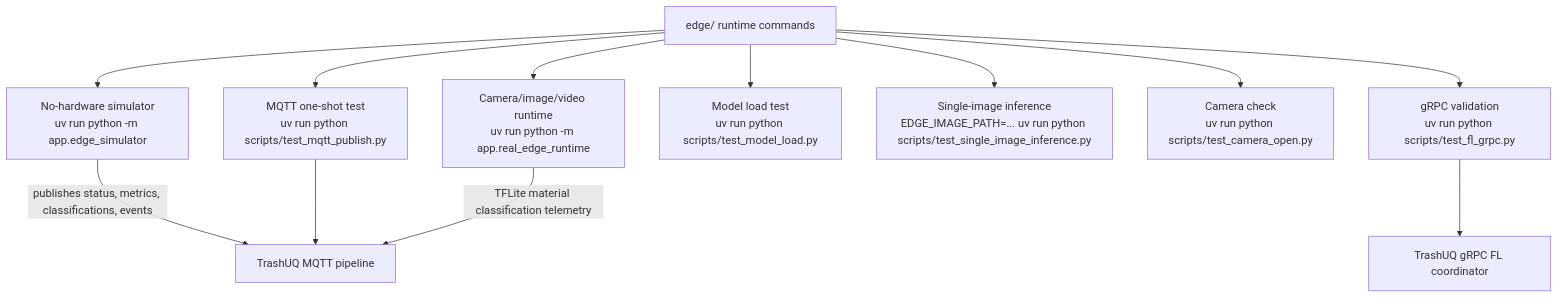
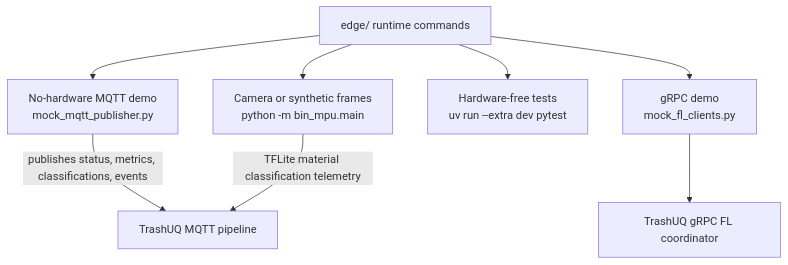
One commit to TrashUQ/TrashUQ changed the fifth of 6 diagrams in README.md. Above: the diagram before and after it, drawn with Mermaid. The commit also changed other lines of this file and 33 other files, not shown here.

````diff
--- a/README.md
+++ b/README.md
@@ -507,24 +510,17 @@
 ```mermaid
 flowchart TB
   Edge["edge/ runtime commands"]
-  Sim["No-hardware simulator<br/>uv run python -m app.edge_simulator"]
-  MqttTest["MQTT one-shot test<br/>uv run python scripts/test_mqtt_publish.py"]
-  GrpcTest["gRPC validation<br/>uv run python scripts/test_fl_grpc.py"]
-  ModelLoad["Model load test<br/>uv run python scripts/test_model_load.py"]
-  ImageTest["Single-image inference<br/>EDGE_IMAGE_PATH=... uv run python scripts/test_single_image_inference.py"]
-  Camera["Camera check<br/>uv run python scripts/test_camera_open.py"]
-  Real["Camera/image/video runtime<br/>uv run python -m app.real_edge_runtime"]
+  Sim["No-hardware MQTT demo<br/>mock_mqtt_publisher.py"]
+  GrpcTest["gRPC demo<br/>mock_fl_clients.py"]
+  Tests["Hardware-free tests<br/>uv run --extra dev pytest"]
+  Real["Camera or synthetic frames<br/>python -m bin_mpu.main"]
 
   Edge --> Sim
-  Edge --> MqttTest
   Edge --> GrpcTest
-  Edge --> ModelLoad
-  Edge --> ImageTest
-  Edge --> Camera
+  Edge --> Tests
   Edge --> Real
 
   Sim -->|"publishes status, metrics, classifications, events"| MQTT["TrashUQ MQTT pipeline"]
-  MqttTest --> MQTT
   Real -->|"TFLite material classification telemetry"| MQTT
   GrpcTest --> FL["TrashUQ gRPC FL coordinator"]
 ```
````
